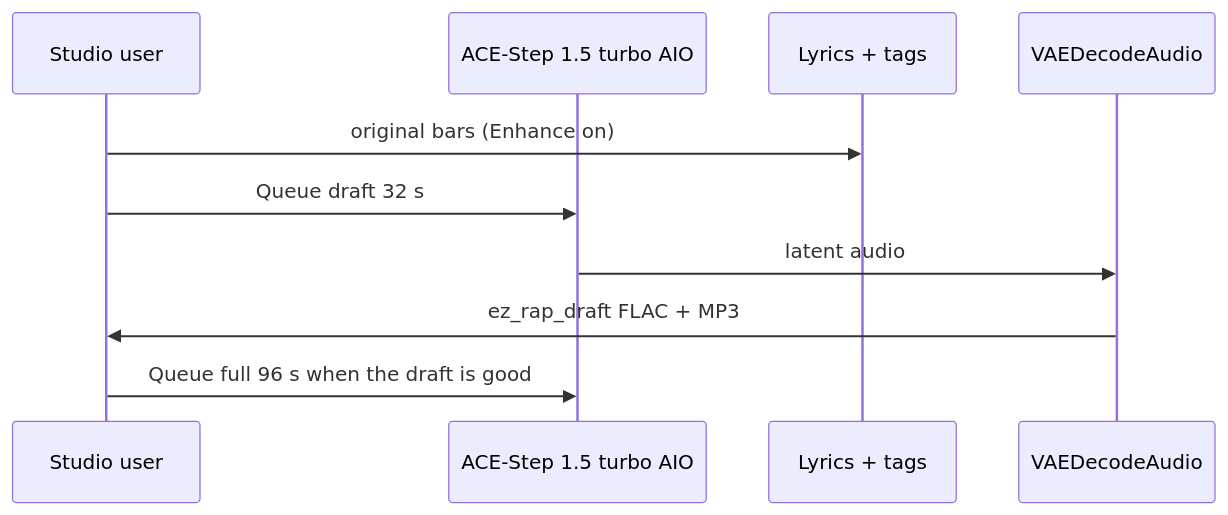
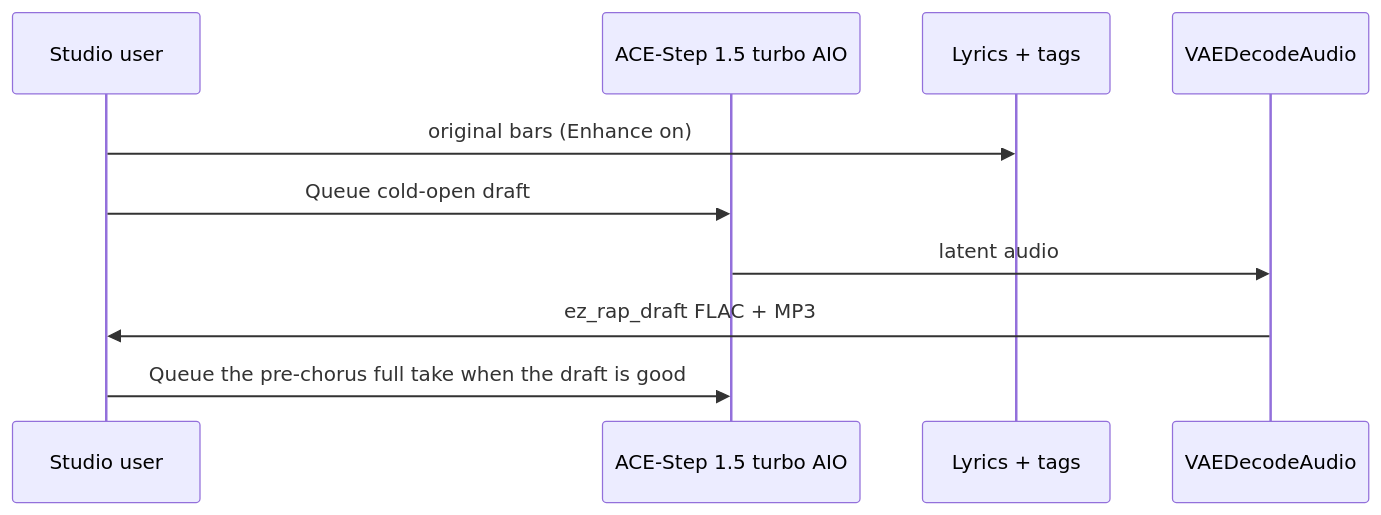
One commit to toxicoder/ez-comfy-stack changed the diagram in docs/music.mdx. Above: the diagram before and after it, drawn with Mermaid. The commit also changed other lines of this file and 284 other files, not shown here.

````diff
--- a/docs/music.mdx
+++ b/docs/music.mdx
@@ -38,13 +38,13 @@
 ```mermaid
 sequenceDiagram
   participant U as Studio user
   participant C as ACE-Step 1.5 turbo AIO
   participant L as Lyrics + tags
   participant D as VAEDecodeAudio
 
   U->>L: original bars (Enhance on)
-  U->>C: Queue draft 32 s
+  U->>C: Queue cold-open draft
   C->>D: latent audio
   D->>U: ez_rap_draft FLAC + MP3
-  U->>C: Queue full 96 s when the draft is good
+  U->>C: Queue the pre-chorus full take when the draft is good
 ```
````
